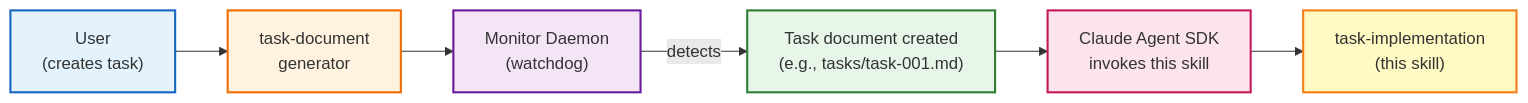
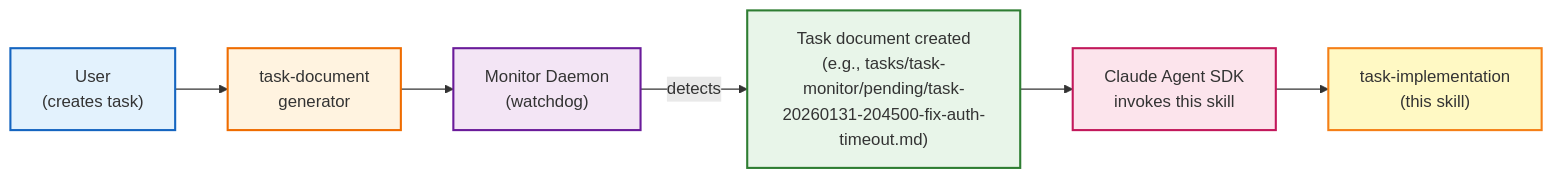
One commit to abcxyzx0099/datachat changed the second of 4 diagrams in .claude/skills/task-implementation/SKILL.md. Above: the diagram before and after it, drawn with Mermaid. The commit also changed other lines of this file and 15 other files, not shown here.

First line of the commit message:
refactor(tasks): reorganize task system with centralized tasks/ directory

````diff
--- a/.claude/skills/task-implementation/SKILL.md
+++ b/.claude/skills/task-implementation/SKILL.md
@@ -49,22 +49,22 @@
 ```mermaid
 flowchart LR
     User["User<br/>(creates task)"]
     TaskGen["task-document<br/>generator"]
     Monitor["Monitor Daemon<br/>(watchdog)"]
     SDK["Claude Agent SDK<br/>invokes this skill"]
     Coord["task-implementation<br/>(this skill)"]
-    Doc["Task document created<br/>(e.g., tasks/task-001.md)"]
+    Doc["Task document created<br/>(e.g., tasks/task-monitor/pending/task-20260131-204500-fix-auth-timeout.md)"]
 
     User --> TaskGen
     TaskGen --> Monitor
     Monitor -->|detects| Doc
     Doc --> SDK
     SDK --> Coord
 
     style User fill:#e3f2fd,stroke:#1565c0,stroke-width:2px
     style TaskGen fill:#fff3e0,stroke:#ef6c00,stroke-width:2px
     style Monitor fill:#f3e5f5,stroke:#6a1b9a,stroke-width:2px
     style Doc fill:#e8f5e9,stroke:#2e7d32,stroke-width:2px
     style SDK fill:#fce4ec,stroke:#c2185b,stroke-width:2px
     style Coord fill:#fff9c4,stroke:#f57f17,stroke-width:2px
 ```
````
